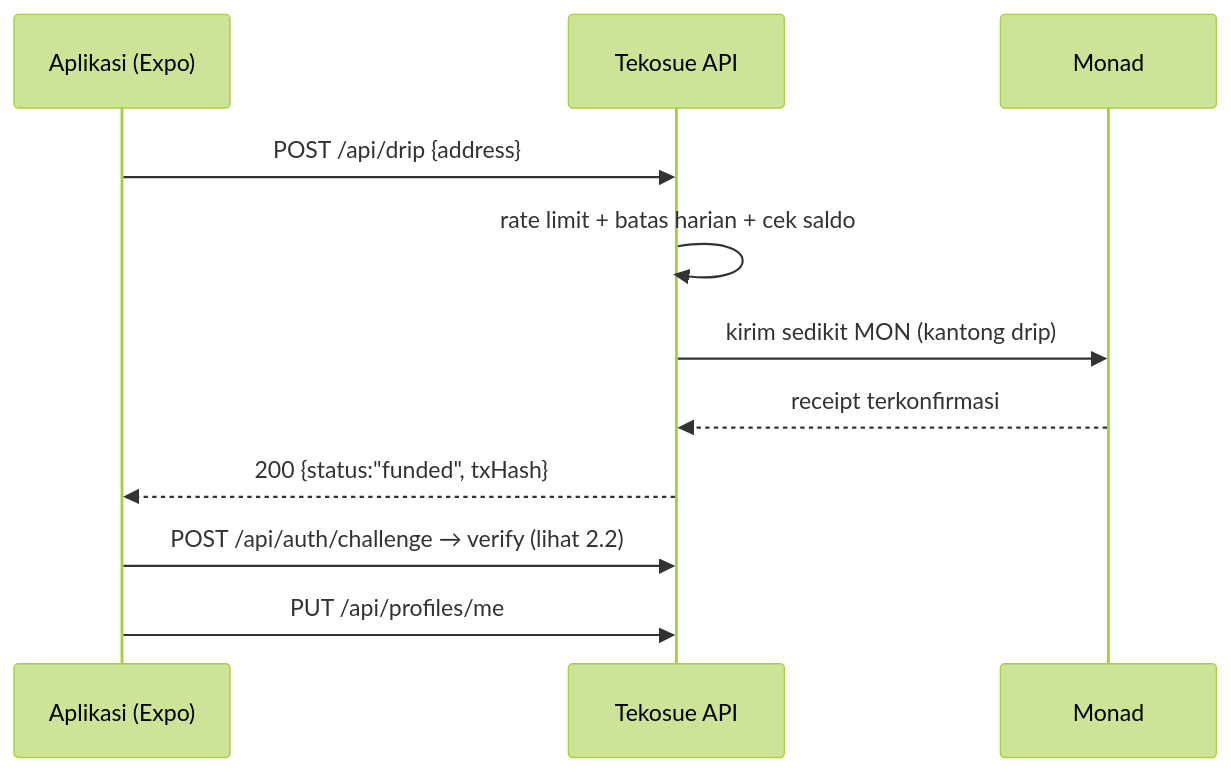
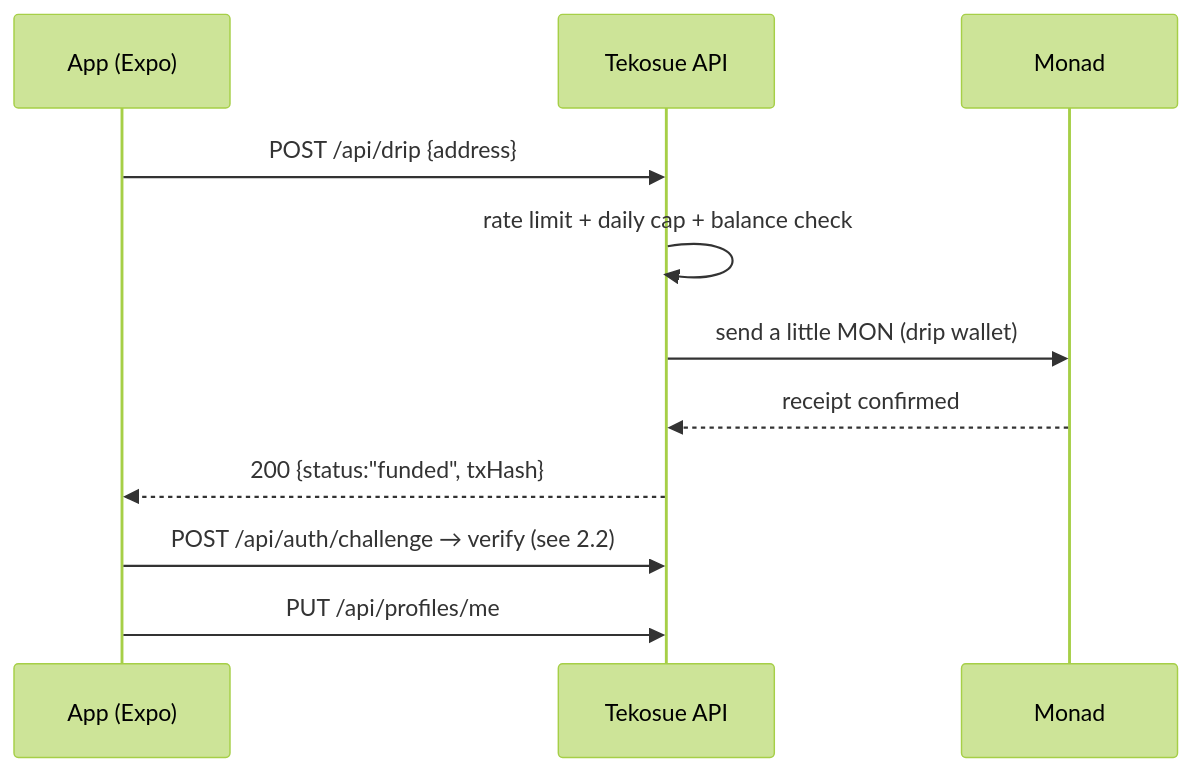
Before and after one commit to sewunodetech/tekosoe: the first of 7 diagrams in apps/api/docs/API.md, drawn with Mermaid (forest theme). The commit also changed other lines of this file and 24 other files, not shown here.

````diff
--- a/apps/api/docs/API.md
+++ b/apps/api/docs/API.md
@@ -94,14 +95,14 @@
 ```mermaid
 sequenceDiagram
-  participant App as Aplikasi (Expo)
+  participant App as App (Expo)
   participant API as Tekosue API
   participant C as Monad
 
   App->>API: POST /api/drip {address}
-  API->>API: rate limit + batas harian + cek saldo
-  API->>C: kirim sedikit MON (kantong drip)
-  C-->>API: receipt terkonfirmasi
+  API->>API: rate limit + daily cap + balance check
+  API->>C: send a little MON (drip wallet)
+  C-->>API: receipt confirmed
   API-->>App: 200 {status:"funded", txHash}
-  App->>API: POST /api/auth/challenge → verify (lihat 2.2)
+  App->>API: POST /api/auth/challenge → verify (see 2.2)
   App->>API: PUT /api/profiles/me
 ```
````
